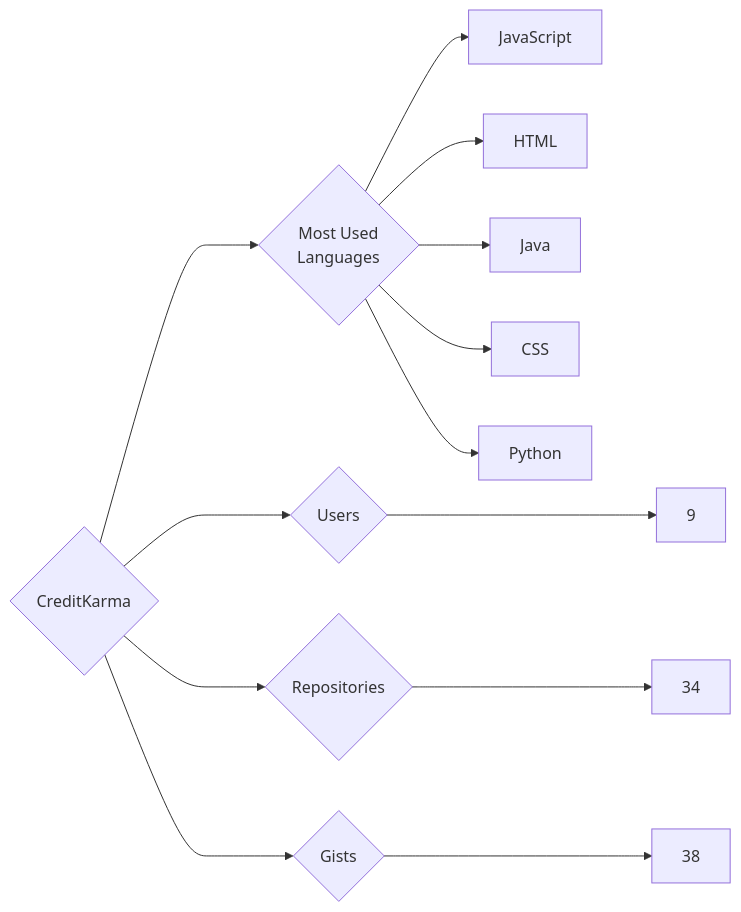
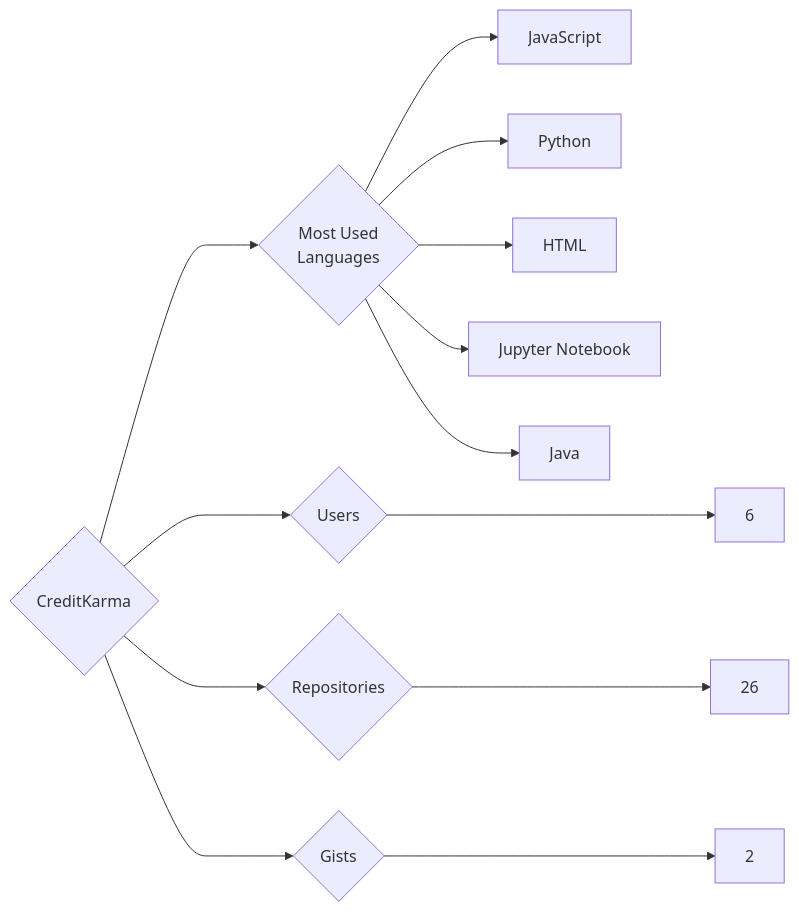
One commit to trickest/insiders changed the diagram in targets/CreditKarma/README.md. Above: the diagram before and after it, drawn with Mermaid. The commit also changed 1092 other files, not shown here.

````diff
--- a/targets/CreditKarma/README.md
+++ b/targets/CreditKarma/README.md
@@ -3,13 +3,13 @@
 ```mermaid
 graph LR
 COMPANY_NAME{CreditKarma}
-COMPANY_NAME ---> U{Users} ---> UN[9]
-COMPANY_NAME ---> R{Repositories} ---> RN[34]
-COMPANY_NAME ---> G{Gists} ---> GN[38]
+COMPANY_NAME ---> U{Users} ---> UN[6]
+COMPANY_NAME ---> R{Repositories} ---> RN[26]
+COMPANY_NAME ---> G{Gists} ---> GN[2]
 COMPANY_NAME ---> ML{Most Used<br>Languages}
 ML --> JavaScript[JavaScript]
+ML --> Python[Python]
 ML --> HTML[HTML]
+ML --> Jupyter_Notebook[Jupyter Notebook]
 ML --> Java[Java]
-ML --> CSS[CSS]
-ML --> Python[Python]
 ```
````
